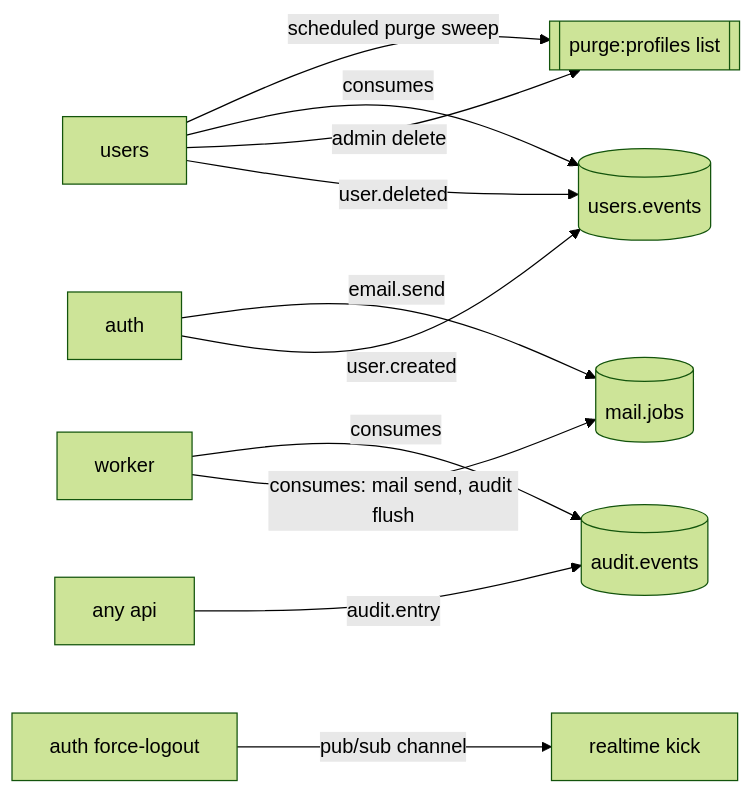
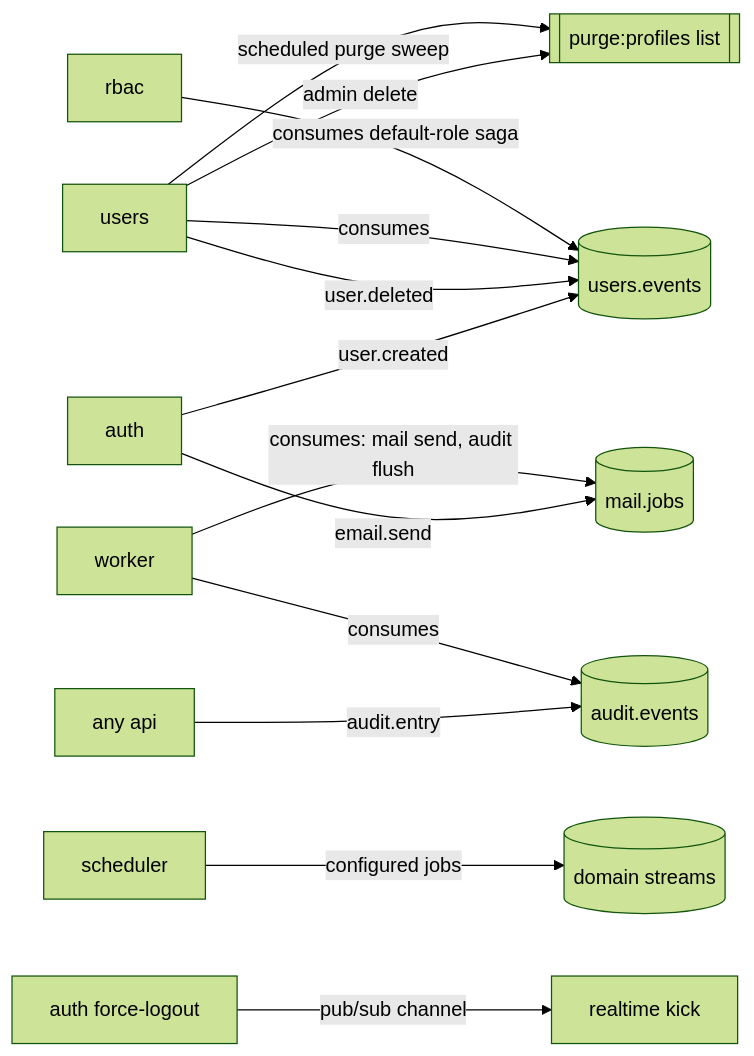
Before and after one commit to kochan4php/go-platform-starter: the third of 5 diagrams in docs/ARCHITECTURE.md, drawn with Mermaid (forest theme). The commit also changed other lines of this file and 87 other files, not shown here.

Commit message:
feat: complete architecture and scalability engineering

````diff
--- a/docs/ARCHITECTURE.md
+++ b/docs/ARCHITECTURE.md
@@ -68,16 +70,18 @@
 ```mermaid
 flowchart LR
     AU[auth] -- user.created --> ST1[(users.events)]
     US[users] -- user.deleted --> ST1
     US -- admin delete --> PL[[purge:profiles list]]
 
     AU -- email.send --> ST2[(mail.jobs)]
     ALL[any api] -- audit.entry --> ST3[(audit.events)]
 
     US -- consumes --> ST1
+    RB[rbac] -- consumes default-role saga --> ST1
     WK[worker] -- consumes: mail send, audit flush --> ST2
     WK -- consumes --> ST3
     US -- scheduled purge sweep --> PL
+    SC[scheduler] -- configured jobs --> ST4[(domain streams)]
 
     AUTH2[auth force-logout] -- pub/sub channel --> RTK[realtime kick]
 ```
````
